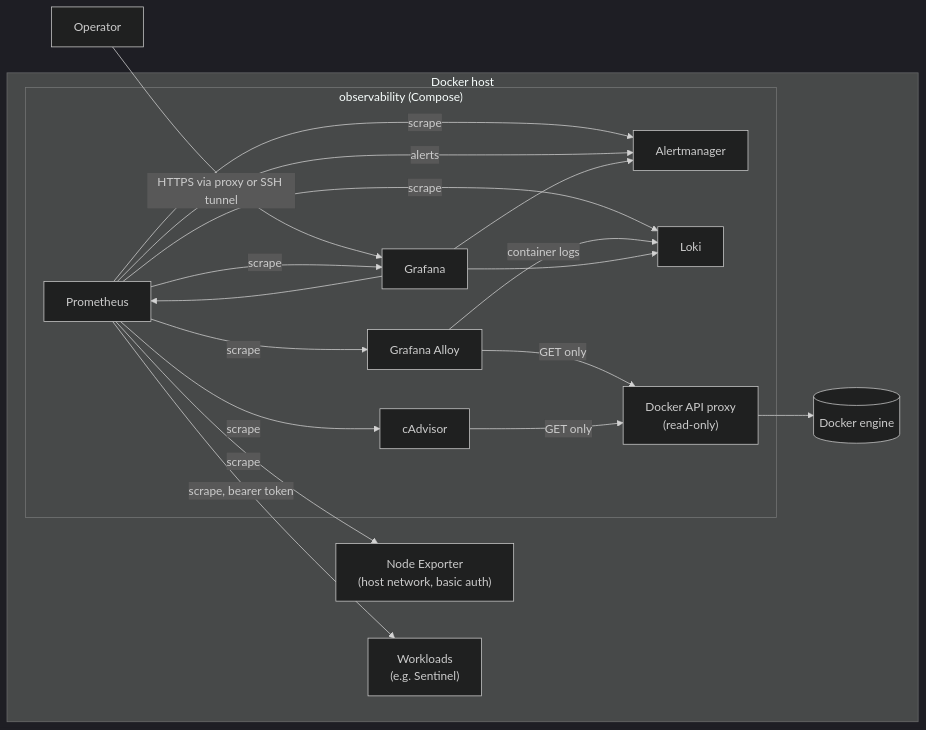
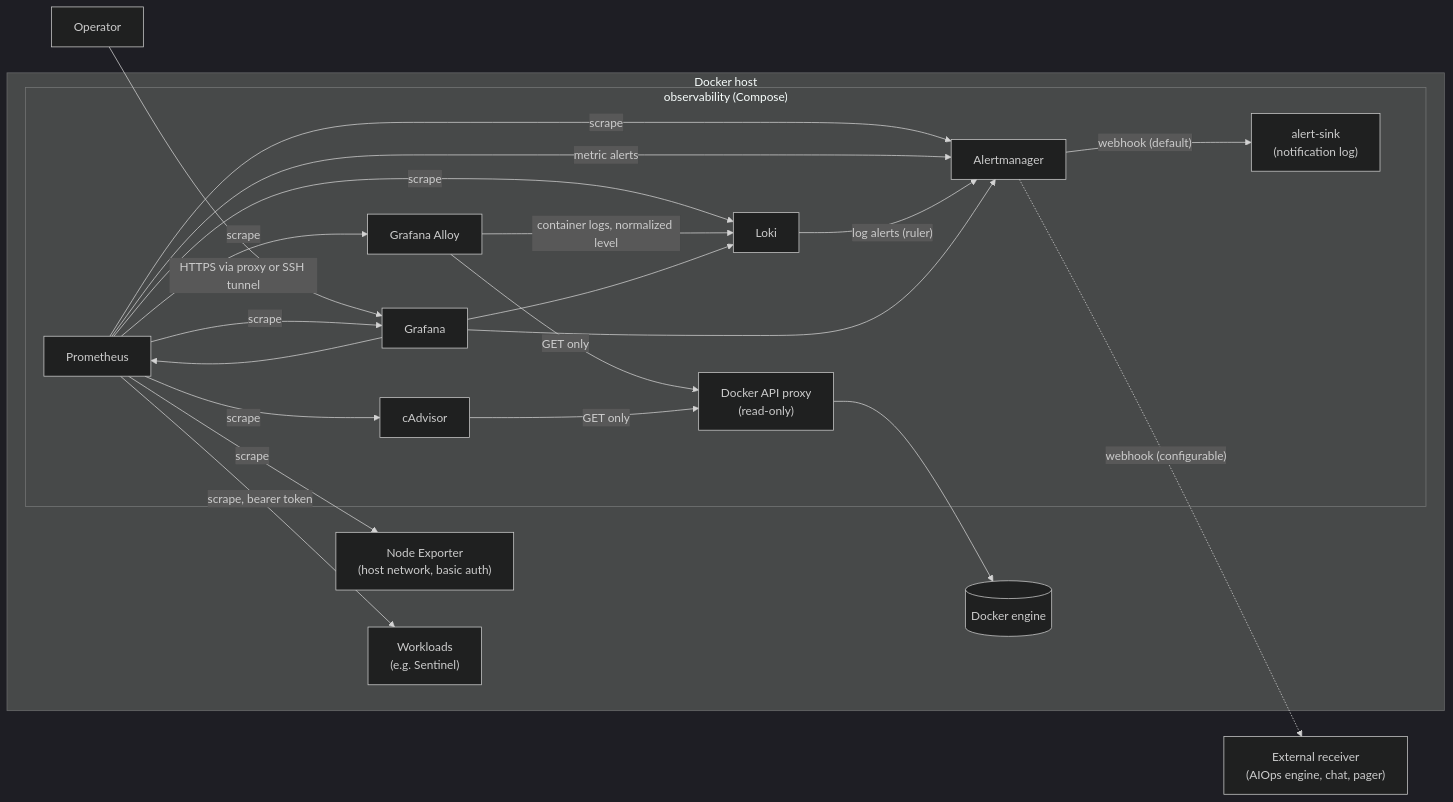
Before and after one commit to ali-fakhrabadi/cloud-native-observability-iac: the diagram in README.md, drawn with Mermaid (dark theme). The commit also changed other lines of this file and 31 other files, not shown here.

````diff
--- a/README.md
+++ b/README.md
@@ -17,24 +17,29 @@
 ```mermaid
 flowchart LR
     subgraph host["Docker host"]
         node["Node Exporter<br/>(host network, basic auth)"]
         subgraph stack["observability (Compose)"]
             prom["Prometheus"]
             am["Alertmanager"]
             loki["Loki"]
             alloy["Grafana Alloy"]
             cadv["cAdvisor"]
             proxy["Docker API proxy<br/>(read-only)"]
             graf["Grafana"]
+            sink["alert-sink<br/>(notification log)"]
         end
         docker[("Docker engine")]
         apps["Workloads<br/>(e.g. Sentinel)"]
     end
+    receiver["External receiver<br/>(AIOps engine, chat, pager)"]
     user["Operator"] -->|"HTTPS via proxy or SSH tunnel"| graf
     prom -->|scrape| node & cadv & alloy & loki & am & graf
     prom -->|"scrape, bearer token"| apps
-    prom -->|alerts| am
-    alloy -->|container logs| loki
+    prom -->|"metric alerts"| am
+    loki -->|"log alerts (ruler)"| am
+    am -->|"webhook (default)"| sink
+    am -.->|"webhook (configurable)"| receiver
+    alloy -->|"container logs, normalized level"| loki
     alloy & cadv -->|GET only| proxy --> docker
     graf --> prom & loki & am
 ```
````
